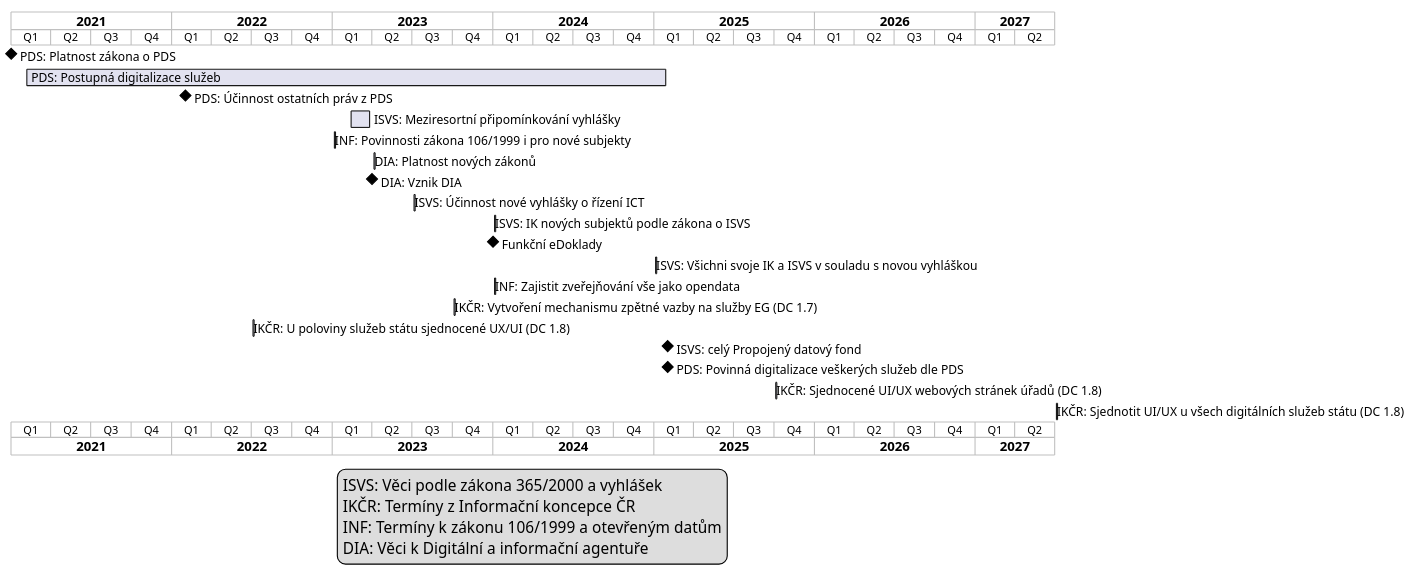
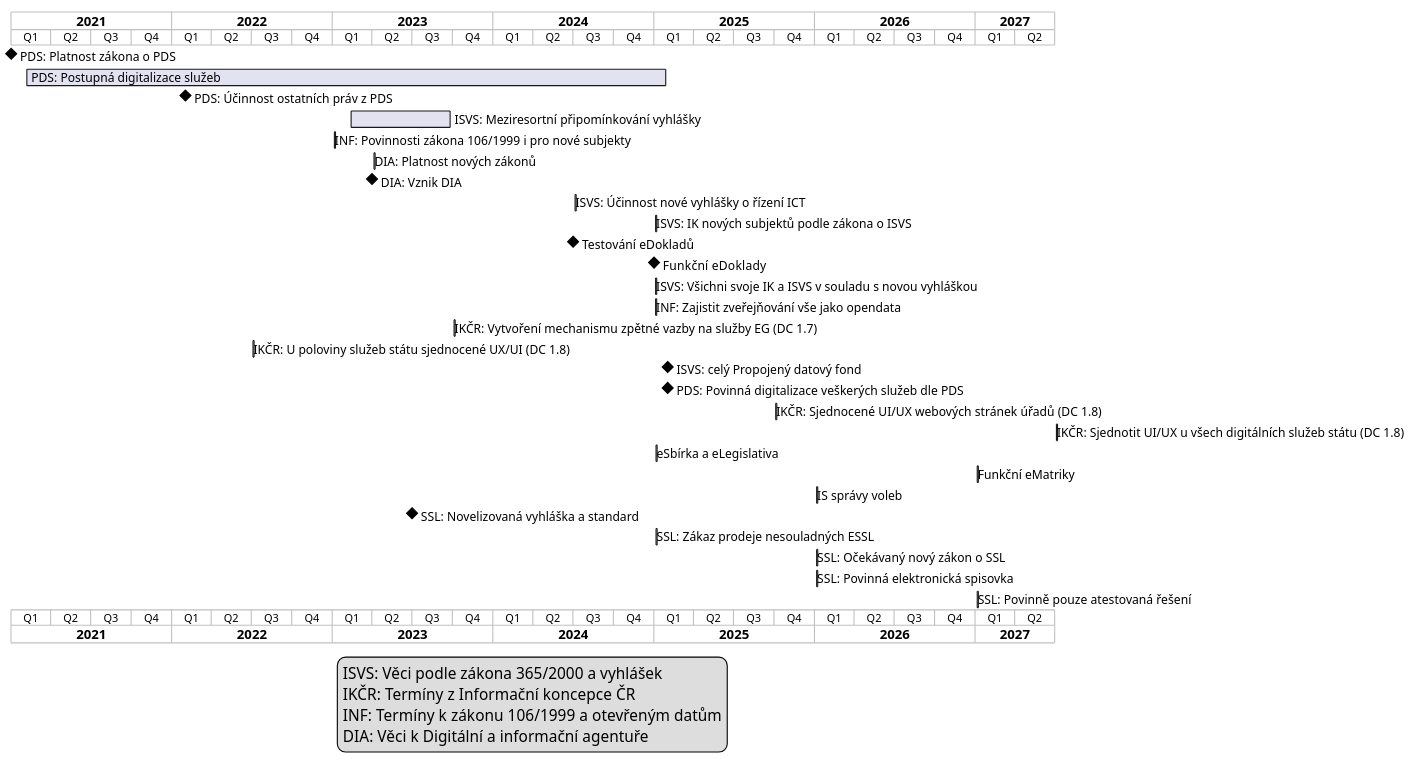
Before and after one commit to egdilna/egovedu: the first of 7 diagrams in diagramy/edu.plantuml, drawn with PlantUML. The commit also changed 4 other files, not shown here.

```diff
--- a/diagramy/edu.plantuml
+++ b/diagramy/edu.plantuml
@@ -1,29 +1,38 @@
 @startgantt casovaosaeg
 language cs
 projectscale quarterly
 Project starts 2021-01-01
 [PDS: Platnost zákona o PDS] happens 2020-02-01
 [PDS: Postupná digitalizace služeb] starts 2021-02-01 and ends 2025-02-01
 [PDS: Účinnost ostatních práv z PDS] happens 2022-02-01
-[ISVS: Meziresortní připomínkování vyhlášky] starts 2023-02-08 and ends 2023-03-31
+[ISVS: Meziresortní připomínkování vyhlášky] starts 2023-02-08 and ends 2023-09-30
 [INF: Povinnosti zákona 106/1999 i pro nové subjekty] starts 2023-01-01
 [DIA: Platnost nových zákonů] starts 2023-04-01
 [DIA: Vznik DIA] happens 2023-04-01
-[ISVS: Účinnost nové vyhlášky o řízení ICT] starts 2023-07-01
-[ISVS: IK nových subjektů podle zákona o ISVS] ends 2023-12-31
-[Funkční eDoklady] happens 2024-01-01
+[ISVS: Účinnost nové vyhlášky o řízení ICT] starts 2024-07-01
+[ISVS: IK nových subjektů podle zákona o ISVS] ends 2024-12-31
+[Testování eDokladů] happens 2024-07-01
+[Funkční  eDoklady] happens 2025-01-01
 [ISVS: Všichni svoje IK a ISVS v souladu s novou vyhláškou] ends 2024-12-31
-[INF: Zajistit zveřejňování vše jako opendata] ends 2023-12-31
+[INF: Zajistit zveřejňování vše jako opendata] ends 2024-12-31
 [IKČR: Vytvoření mechanismu zpětné vazby na služby EG (DC 1.7)] ends 2023-09-30
 [IKČR: U poloviny služeb státu sjednocené UX/UI (DC 1.8)] ends 2022-06-30 
 [ISVS: celý Propojený datový fond] happens 2025-02-01
 [PDS: Povinná digitalizace veškerých služeb dle PDS] happens 2025-02-01
 [IKČR: Sjednocené UI/UX webových stránek úřadů (DC 1.8)] ends 2025-09-30 
 [IKČR: Sjednotit UI/UX u všech digitálních služeb státu (DC 1.8)] ends 2027-06-30
+[eSbírka a eLegislativa] starts 2025-01-01
+[Funkční eMatriky] starts 2027-01-01
+[IS správy voleb] starts 2026-01-01
+[SSL: Novelizovaná vyhláška a standard] happens 2023-07-01
+[SSL: Zákaz prodeje nesouladných ESSL] starts 2025-01-01
+[SSL: Očekávaný nový zákon o SSL] starts 2026-01-01
+[SSL: Povinná elektronická spisovka] starts 2026-01-01
+[SSL: Povinně pouze atestovaná řešení] starts 2027-01-01
 legend
 ISVS: Věci podle zákona 365/2000 a vyhlášek
 IKČR: Termíny z Informační koncepce ČR
 INF: Termíny k zákonu 106/1999 a otevřeným datům
 DIA: Věci k Digitální a informační agentuře
 end legend
 @endgantt
```
